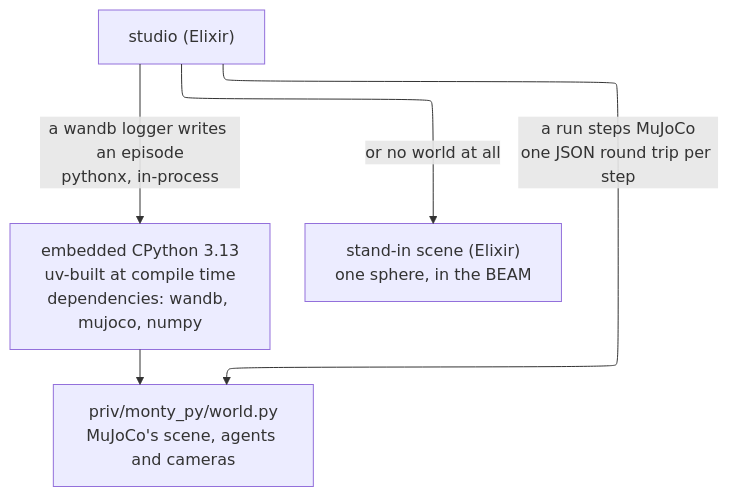
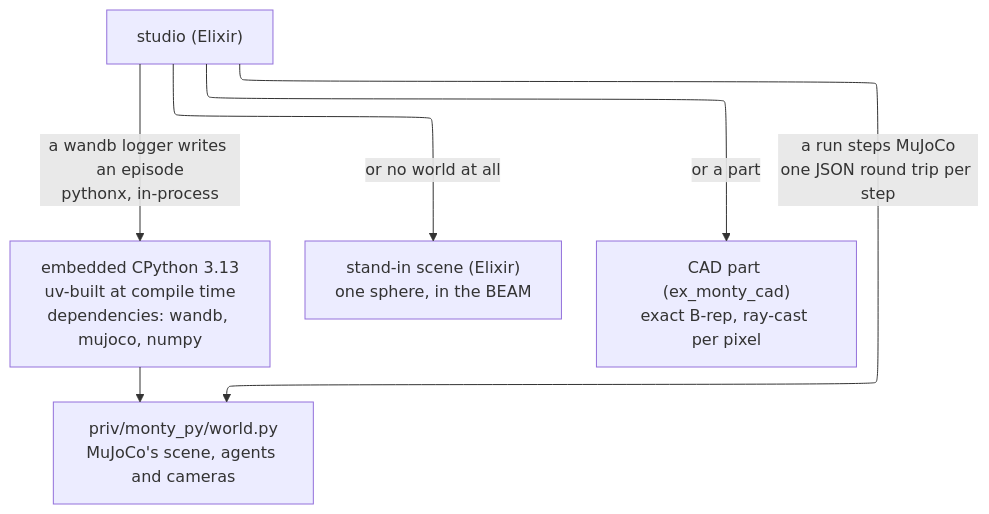
The second of 7 diagrams in docs/architecture.md (d-led/ex.tbp.monty), drawn with Mermaid before and after one commit. The commit also changed other lines of this file, not shown here.

Commit message:
architecture: the fourth world is a CAD part

````diff
--- a/docs/architecture.md
+++ b/docs/architecture.md
@@ -181,11 +189,12 @@
 ```mermaid
 ---
 config:
   layout: elk
 ---
 flowchart TD
     studio["studio (Elixir)"] -->|"a wandb logger writes an episode<br/>pythonx, in-process"| embedded["embedded CPython 3.13<br/>uv-built at compile time<br/>dependencies: wandb, mujoco, numpy"]
     studio -->|"a run steps MuJoCo<br/>one JSON round trip per step"| world["priv/monty_py/world.py<br/>MuJoCo's scene, agents and cameras"]
     embedded --> world
     studio -->|"or no world at all"| synthetic["stand-in scene (Elixir)<br/>one sphere, in the BEAM"]
+    studio -->|"or a part"| cad["CAD part (ex_monty_cad)<br/>exact B-rep, ray-cast per pixel"]
 ```
````
